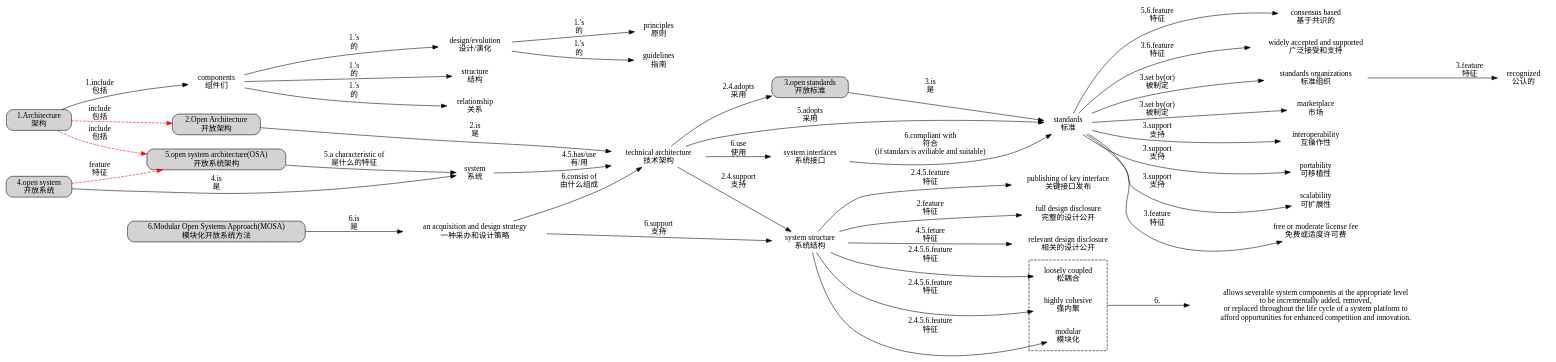
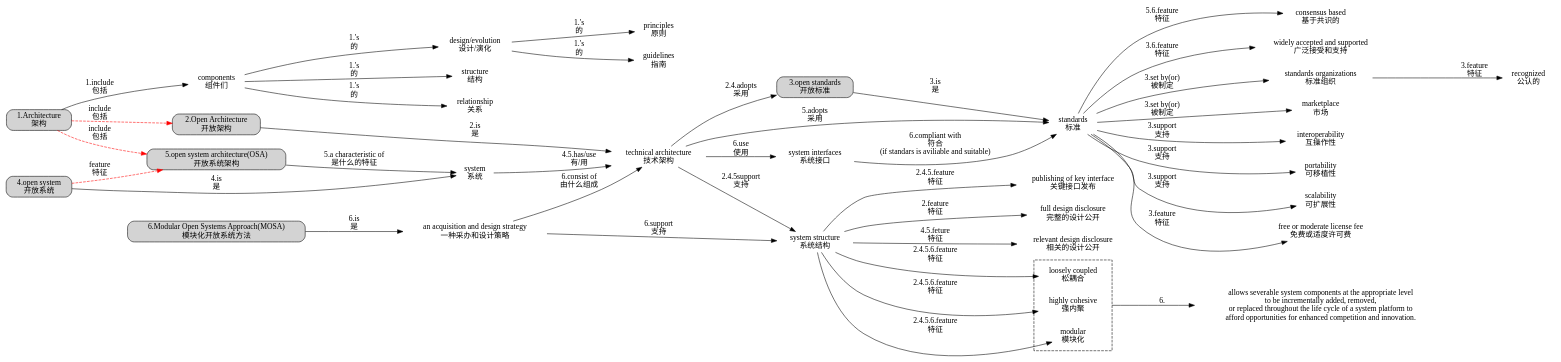
One commit to chaozhang2000/soa changed the diagram in test.dot. Above: the diagram before and after it, drawn with Graphviz. The commit also changed 4 other files, not shown here.

```diff
--- a/test.dot
+++ b/test.dot
@@ -1,113 +1,113 @@
 digraph G {
   graph [rankdir=LR,compound=true];
   node [shape=box, style="rounded,filled"];
 
 	arch[label = "1.Architecture\n架构"];
 	openarch[label = "2.Open Architecture\n开放架构"];
 openstandard[label = "3.open standards\n开放标准"];
 opensystem[label = "4.open system\n开放系统"];
 OpenSystemArch[label = "5.open system architecture(OSA)\n开放系统架构"];
 MOSA[label = "6.Modular Open Systems Approach(MOSA)\n模块化开放系统方法"];
    arch-> openarch[label = "include\n包括",color=red,style=dashed];
    arch-> OpenSystemArch[label = "include\n包括",color=red,style=dashed];
    opensystem->OpenSystemArch[label = "feature\n特征",color=red,style=dashed];
 
 components[label = "components\n组件们"color=white];
 structure[label = "structure\n结构"color=white];
 relationship[label = "relationship\n关系"color=white];
 archdef4[label = "design/evolution\n设计/演化"color=white];
 archdef5[label = "principles\n原则"color=white];
 archdef6[label = "guidelines\n指南"color=white]
 arch->components[label = "1.include\n包括"]
 components->archdef4[label = "1.'s\n的"];
 components->structure[label = "1.'s\n的"];
 components->relationship[label = "1.'s\n的"];
 archdef4->archdef5[label = "1.'s\n的"];
 archdef4->archdef6[label = "1.'s\n的"];
 
 tech_arch[label = "technical architecture\n技术架构"color=white];
 system_structure[label = "system structure\n系统结构"color=white];
 subgraph cluster_a{
 style = dashed;
 openarchdef4[label = "modular\n模块化"color=white];
 openarchdef5[label = "loosely coupled\n松耦合"color=white];
 openarchdef6[label = "highly cohesive\n强内聚"color=white];
 }
 openarchdef7[label = "publishing of key interface\n关键接口发布"color=white];
 openarchdef8[label = "full design disclosure\n完整的设计公开"color=white];
 openarch->tech_arch[label = "2.is\n是"];
 tech_arch->openstandard[label="2.4.adopts\n采用"];
-tech_arch->system_structure[label="2.4.support\n支持"];
+tech_arch->system_structure[label="2.4.5support\n支持"];
 system_structure->openarchdef4[label="2.4.5.6.feature\n特征"];
 system_structure->openarchdef5[label="2.4.5.6.feature\n特征"];
 system_structure->openarchdef6[label="2.4.5.6.feature\n特征"];
 system_structure->openarchdef7[label="2.4.5.feature\n特征"];
 system_structure->openarchdef8[label="2.feature\n特征"];
 
 standards[label="standards\n标准",color=white];
 openstandarddef2[label="widely accepted and supported\n广泛接受和支持",color=white];
 openstandarddef3[label="standards organizations\n标准组织",color=white];
 openstandarddef4[label="marketplace\n市场",color=white];
 openstandarddef5[label="interoperability\n互操作性",color=white];
 openstandarddef6[label="portability\n可移植性",color=white];
 openstandarddef7[label="scalability\n可扩展性",color=white];
 openstandarddef8[label="recognized\n公认的",color=white];
 openstandarddef9[label="free or moderate license fee\n免费或适度许可费",color=white];
 openstandard->standards[label="3.is\n是"]
 standards->openstandarddef3[label="3.set by(or)\n被制定"]
 openstandarddef3->openstandarddef8[label="3.feature\n特征"]
 standards->openstandarddef4[label="3.set by(or)\n被制定"]
 standards->openstandarddef2[label="3.6.feature\n特征"]
 standards->openstandarddef5[label="3.support\n支持"]
 standards->openstandarddef6[label="3.support\n支持"]
 standards->openstandarddef7[label="3.support\n支持"]
 standards->openstandarddef9[label="3.feature\n特征"]
 consensus_based[label="consensus based\n基于共识的",color=white];
 standards->consensus_based[label="5.6.feature\n特征"]
 
 system[label = "system\n系统"color=white];
 opensystemdef1[label = "relevant design disclosure\n相关的设计公开"color=white];
 opensystem->system[label="4.is\n是"];
 system->tech_arch[label="4.5.has/use\n有/用"];
 system_structure->opensystemdef1[label="4.5.feture\n特征"];
 
 OpenSystemArch->system[label="5.a characteristic of\n是什么的特征"]
 tech_arch->standards[label="5.adopts\n采用"];
 
 MOSAdef1[label="an acquisition and design strategy\n一种采办和设计策略",color = white];
 system_interfaces[label="system interfaces\n系统接口",color = white];
 MOSA->MOSAdef1[label="6.is\n是"];
 MOSAdef1->tech_arch[label="6.consist of\n由什么组成"];
 tech_arch->system_interfaces[label="6.use\n使用"];
 system_interfaces->standards[label="6.compliant with\n符合\n(if standars is aviliable and suitable)"];
 MOSAdef1->system_structure[label="6.support\n支持"];
 MOSAdef2[label="allows severable system components at the appropriate level\n to be incrementally added, removed,\n or replaced throughout the life cycle of a system platform to \nafford opportunities for enhanced competition and innovation.",color=white];
 openarchdef6-> MOSAdef2[ltail="cluster_a",label="6."];
 }
 /*
    arch-> openarch[label=<<table border="0" cellborder="0" cellspacing="2">
         <tr><td><font color="#FFF000">舱内主照明控制信息</font></td></tr>
         <tr><td bgcolor="#008000"><font color="black">RS422总线</font></td></tr>
     </table>>, fontsize=10, color="#008000"];
 */
 /*
     #FF0000 (红色)
     #00FF00 (绿色)
     #0000FF (蓝色)
     #FF00FF (洋红色)
     #00FFFF (青色)//以太网
     #800080 (紫色)//离散信号
     #008000 (深绿色)//RS422
     #FFC0CB (粉色) //模拟信号
     #FFA500 (橙色) //燃油分系统
     #FFF000 (黄色)//照明分系统
     #A52A2A (棕色)
     #000080 (海军蓝)
     #32CD32 (浅绿色)
     #8B0000 (深红色)
     #87CEEB (天蓝色)
     #DAA520 (深黄色)//HB6096
     #808080 (灰色)//PWM
     #FF69B4 (深粉色)
     #DA70D6 (浅紫色)
 */
```
